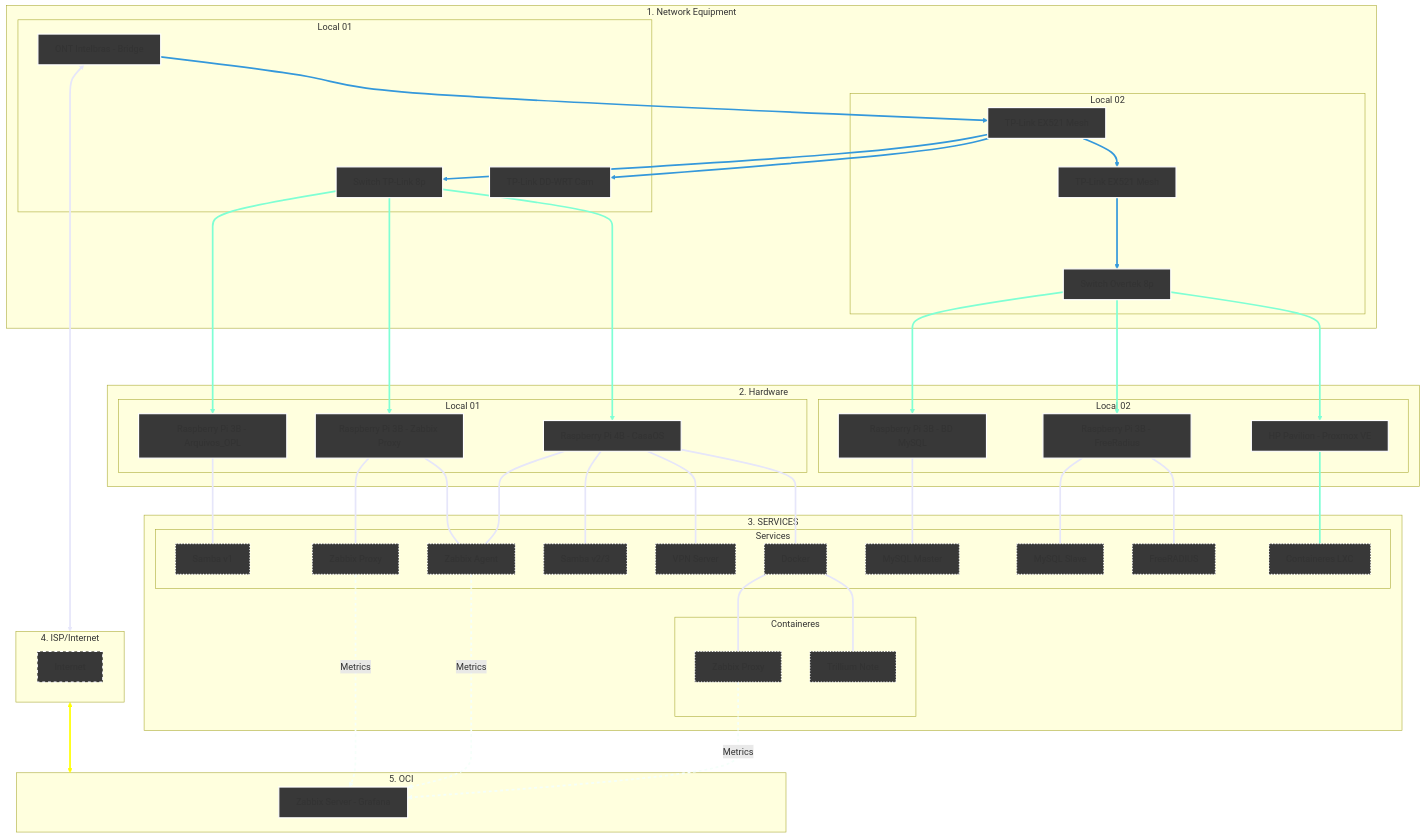
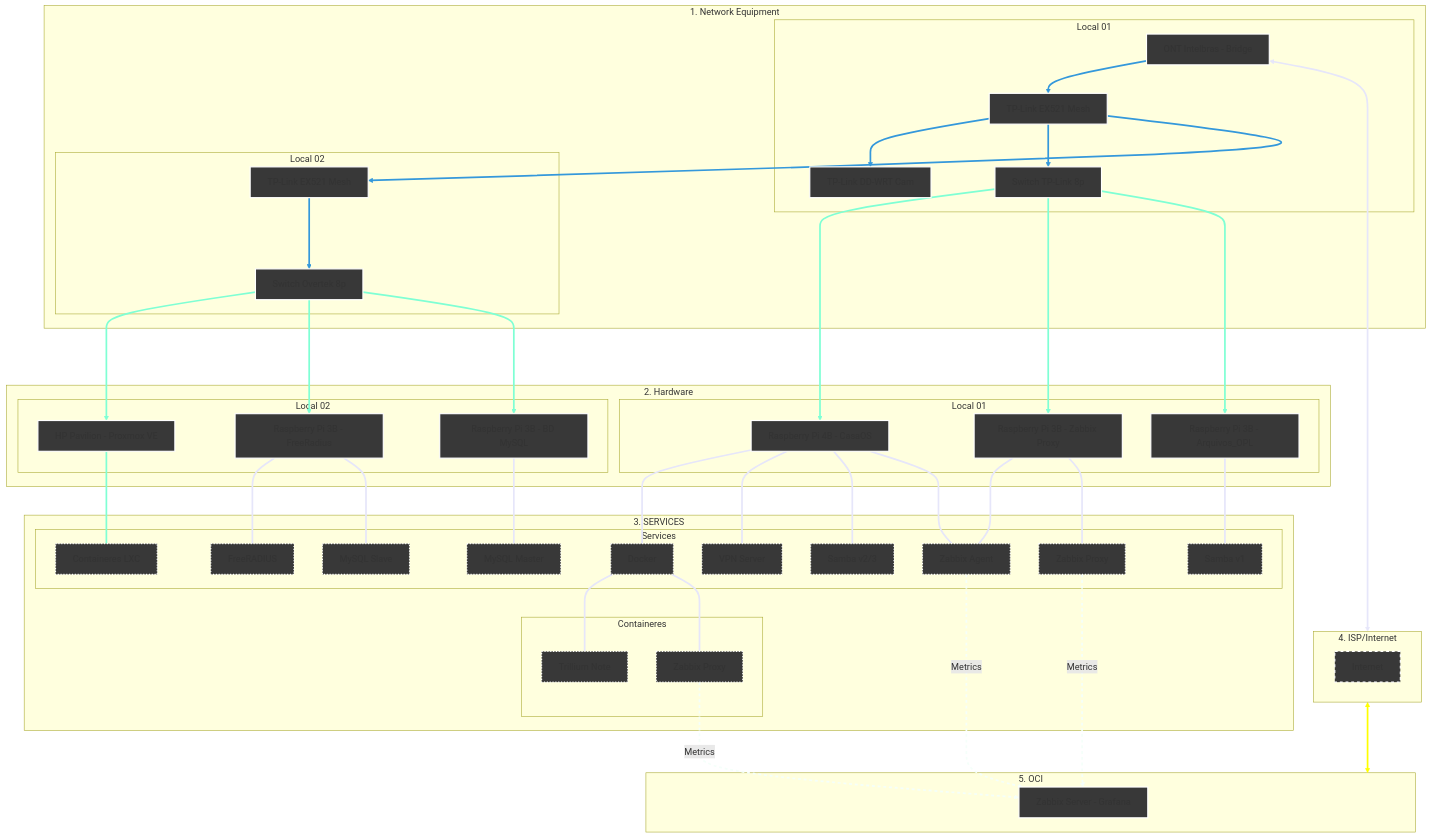
The diagram in Infrastructure/README.md (kevindexter22/Dr-Hardware-Autonet), drawn with Mermaid before and after one commit.

```diff
--- a/Infrastructure/README.md
+++ b/Infrastructure/README.md
@@ -21,14 +21,14 @@
 
     %% 1. NETWORK EQUIPMENT
     subgraph Principal["1. Network Equipment"]
-    subgraph S1 [Local 02]
-        R_Mesh1 --> R_Mesh2[TP-Link EX521 Mesh]:::network
-        R_Mesh2 ---> SW2[Switch Overtek 8p]:::network  
-    end
-    subgraph S2 [Local 01]
+    subgraph S1 [Local 01]
         ONT[ONT Intelbras - Bridge]:::network --> R_Mesh1[TP-Link EX521 Mesh]:::network
         R_Mesh1 --> R_Cams[TP-Link DD-WRT Cam]:::network 
         R_Mesh1 --> SW1[Switch TP-Link 8p]:::network
+    end
+    subgraph S2 [Local 02]
+        R_Mesh1 --> R_Mesh2[TP-Link EX521 Mesh]:::network
+        R_Mesh2 ---> SW2[Switch Overtek 8p]:::network  
     end
     end
     
```
